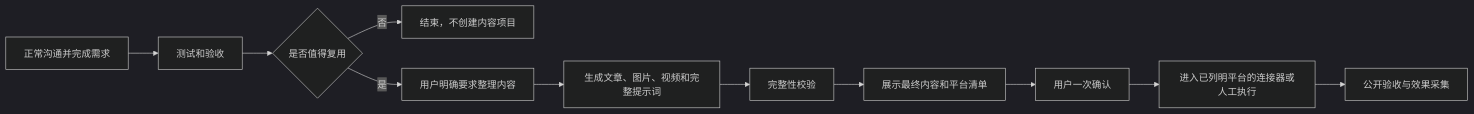
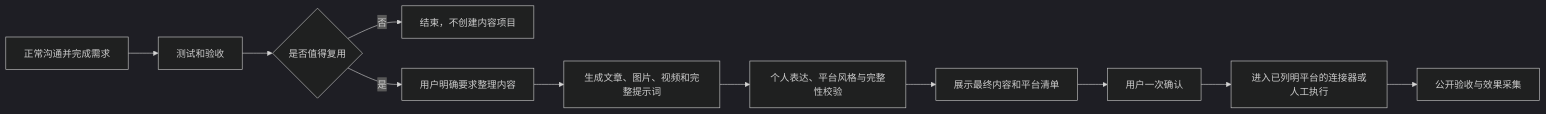
Before and after one commit to 372790111z-wq/content-publishing-sop: the first of 2 diagrams in USAGE-GUIDE.md, drawn with Mermaid (dark theme). The commit also changed other lines of this file and 56 other files, not shown here.

````diff
--- a/USAGE-GUIDE.md
+++ b/USAGE-GUIDE.md
@@ -11,13 +11,13 @@
 ```mermaid
 flowchart LR
     A[正常沟通并完成需求] --> B[测试和验收]
     B --> C{是否值得复用}
     C -- 否 --> D[结束，不创建内容项目]
     C -- 是 --> E[用户明确要求整理内容]
     E --> F[生成文章、图片、视频和完整提示词]
-    F --> G[完整性校验]
+    F --> G[个人表达、平台风格与完整性校验]
     G --> H[展示最终内容和平台清单]
     H --> I[用户一次确认]
     I --> J[进入已列明平台的连接器或人工执行]
     J --> K[公开验收与效果采集]
 ```
````
